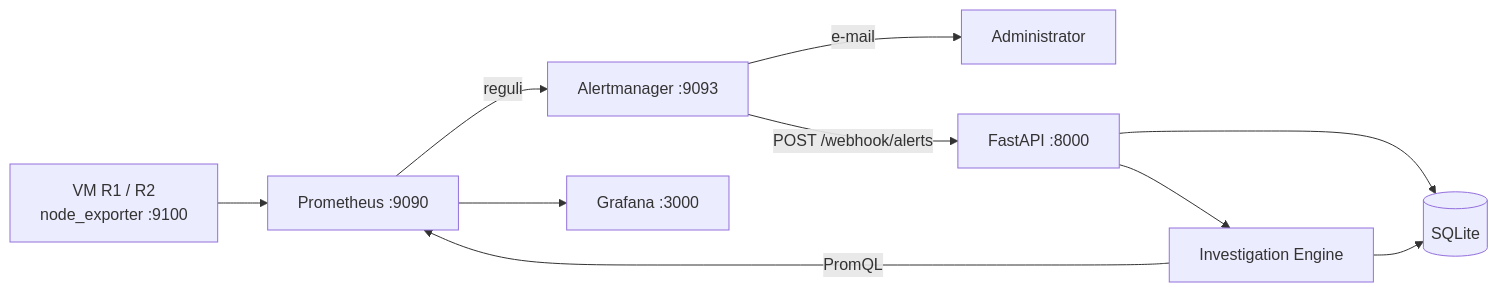
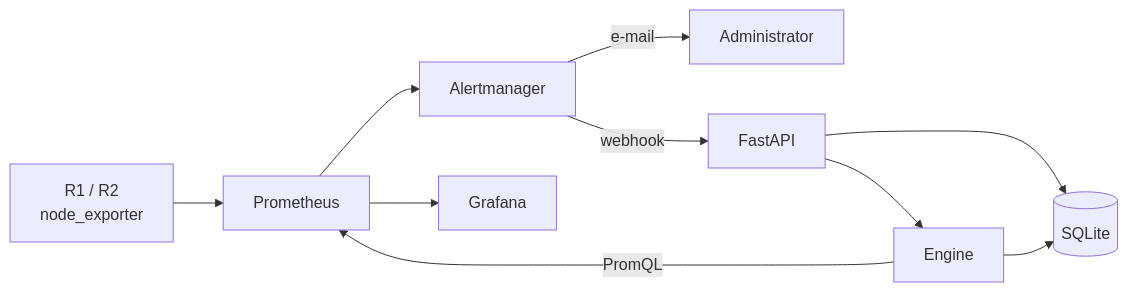
The diagram in incident_manager/README.md (mihai-minascurta/NetOps-Sentinel), drawn with Mermaid before and after one commit. The commit also changed other lines of this file, not shown here.

````diff
--- a/incident_manager/README.md
+++ b/incident_manager/README.md
@@ -7,12 +14,12 @@
 ```mermaid
 flowchart LR
-    VM[VM R1 / R2<br/>node_exporter :9100] --> P[Prometheus :9090]
-    P -->|reguli| A[Alertmanager :9093]
+    VM[R1 / R2<br/>node_exporter] --> P[Prometheus]
+    P --> A[Alertmanager]
     A -->|e-mail| E[Administrator]
-    A -->|POST /webhook/alerts| API[FastAPI :8000]
+    A -->|webhook| API[FastAPI]
     API --> DB[(SQLite)]
-    API --> ENG[Investigation Engine]
+    API --> ENG[Engine]
     ENG -->|PromQL| P
     ENG --> DB
-    P --> G[Grafana :3000]
+    P --> G[Grafana]
 ```
````
